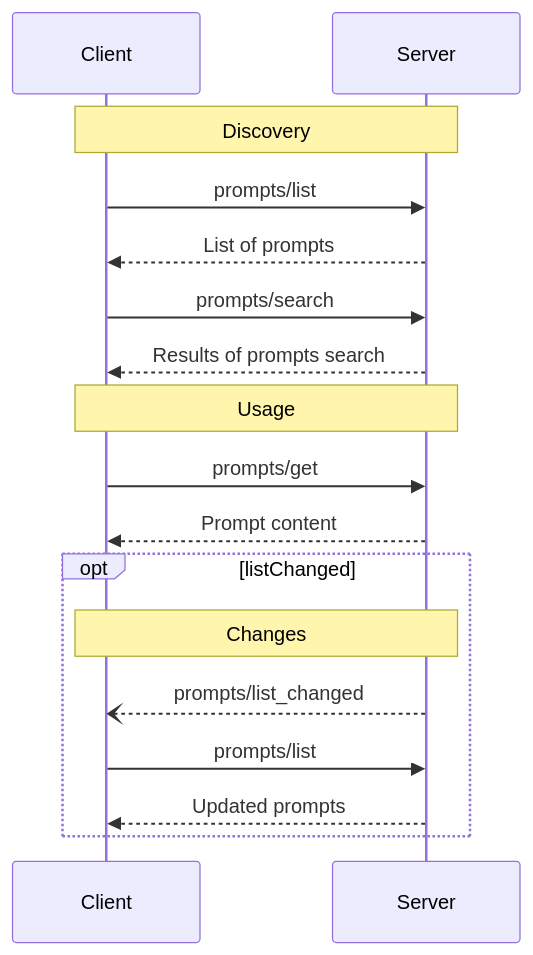
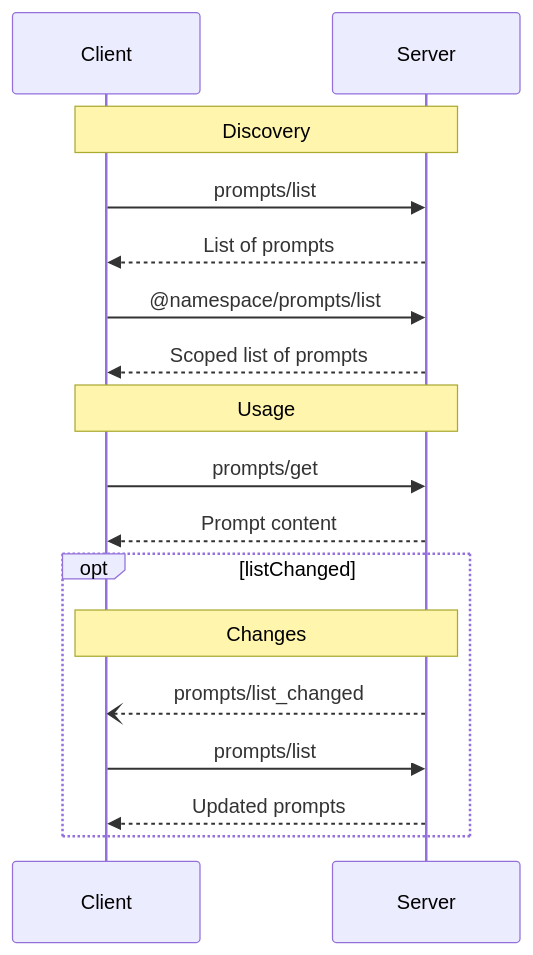
One commit to modelcontextprotocol/specification changed the diagram in docs/specification/2025-03-26/server/prompts.mdx. Above: the diagram before and after it, drawn with Mermaid. The commit also changed 2 other files, not shown here.

````diff
--- a/docs/specification/2025-03-26/server/prompts.mdx
+++ b/docs/specification/2025-03-26/server/prompts.mdx
@@ -147,22 +147,22 @@
 ```mermaid
 sequenceDiagram
     participant Client
     participant Server
 
     Note over Client,Server: Discovery
     Client->>Server: prompts/list
     Server-->>Client: List of prompts
-    Client->>Server: prompts/search
-    Server-->>Client: Results of prompts search
+    Client->>Server: @namespace/prompts/list
+    Server-->>Client: Scoped list of prompts
 
     Note over Client,Server: Usage
     Client->>Server: prompts/get
     Server-->>Client: Prompt content
 
     opt listChanged
       Note over Client,Server: Changes
       Server--)Client: prompts/list_changed
       Client->>Server: prompts/list
       Server-->>Client: Updated prompts
     end
 ```
````
